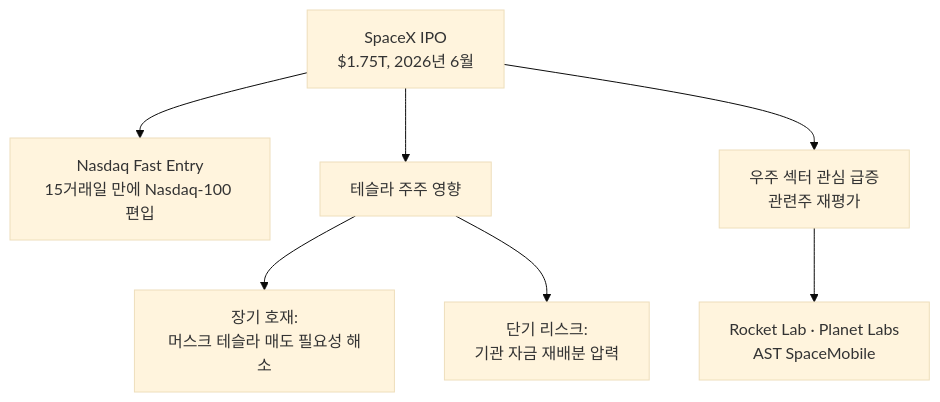
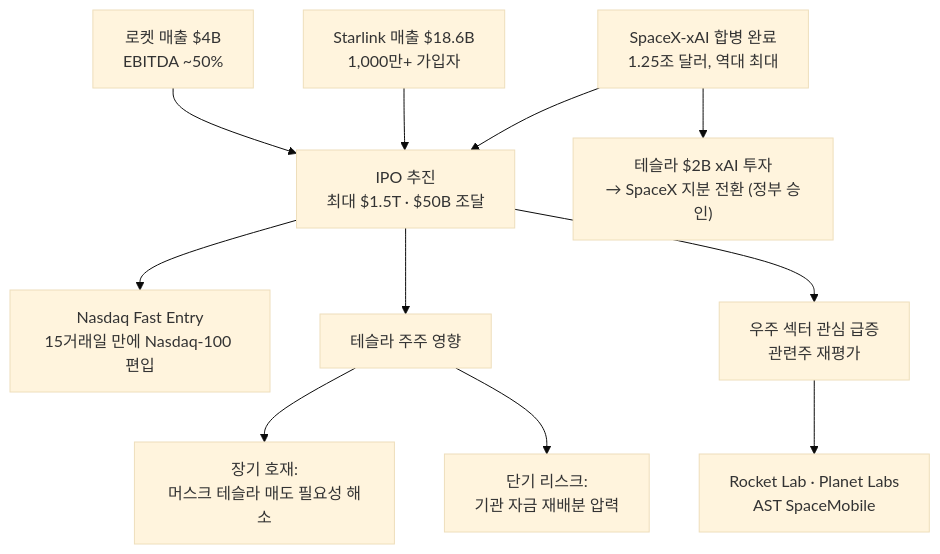
The fifth of 7 diagrams in _posts/knowledge/invest/2026-03-07-defense-space-sector-outlook-2026.md (dss99911/dss99911.github.io), drawn with Mermaid (base theme) before and after one commit. The commit also changed other lines of this file and 5 other files, not shown here.

````diff
--- a/_posts/knowledge/invest/2026-03-07-defense-space-sector-outlook-2026.md
+++ b/_posts/knowledge/invest/2026-03-07-defense-space-sector-outlook-2026.md
@@ -250,11 +271,17 @@
 ```mermaid
 graph TD
-    A["SpaceX IPO<br/>$1.75T, 2026년 6월"] --> B["Nasdaq Fast Entry<br/>15거래일 만에 Nasdaq-100 편입"]
-    A --> C["테슬라 주주 영향"]
+    A["SpaceX-xAI 합병 완료<br/>1.25조 달러, 역대 최대"] --> B["IPO 추진<br/>최대 $1.5T · $50B 조달"]
+    B --> C["Nasdaq Fast Entry<br/>15거래일 만에 Nasdaq-100 편입"]
 
-    C --> D["장기 호재&colon;<br/>머스크 테슬라 매도 필요성 해소"]
-    C --> E["단기 리스크&colon;<br/>기관 자금 재배분 압력"]
+    A --> D["테슬라 $2B xAI 투자<br/>→ SpaceX 지분 전환 (정부 승인)"]
 
-    A --> F["우주 섹터 관심 급증<br/>관련주 재평가"]
-    F --> G["Rocket Lab · Planet Labs<br/>AST SpaceMobile"]
+    B --> E["테슬라 주주 영향"]
+    E --> F["장기 호재&colon;<br/>머스크 테슬라 매도 필요성 해소"]
+    E --> G["단기 리스크&colon;<br/>기관 자금 재배분 압력"]
+
+    B --> H["우주 섹터 관심 급증<br/>관련주 재평가"]
+    H --> I["Rocket Lab · Planet Labs<br/>AST SpaceMobile"]
+
+    J["Starlink 매출 $18.6B<br/>1,000만+ 가입자"] --> B
+    K["로켓 매출 $4B<br/>EBITDA ~50%"] --> B
 ```
````
